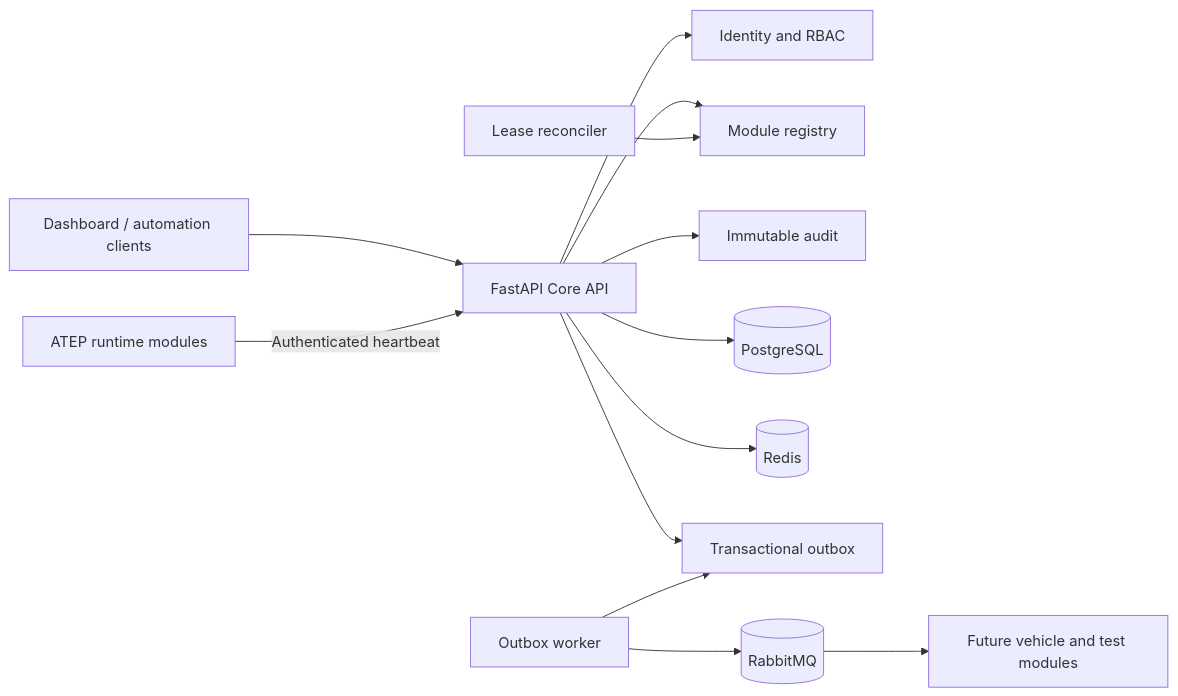
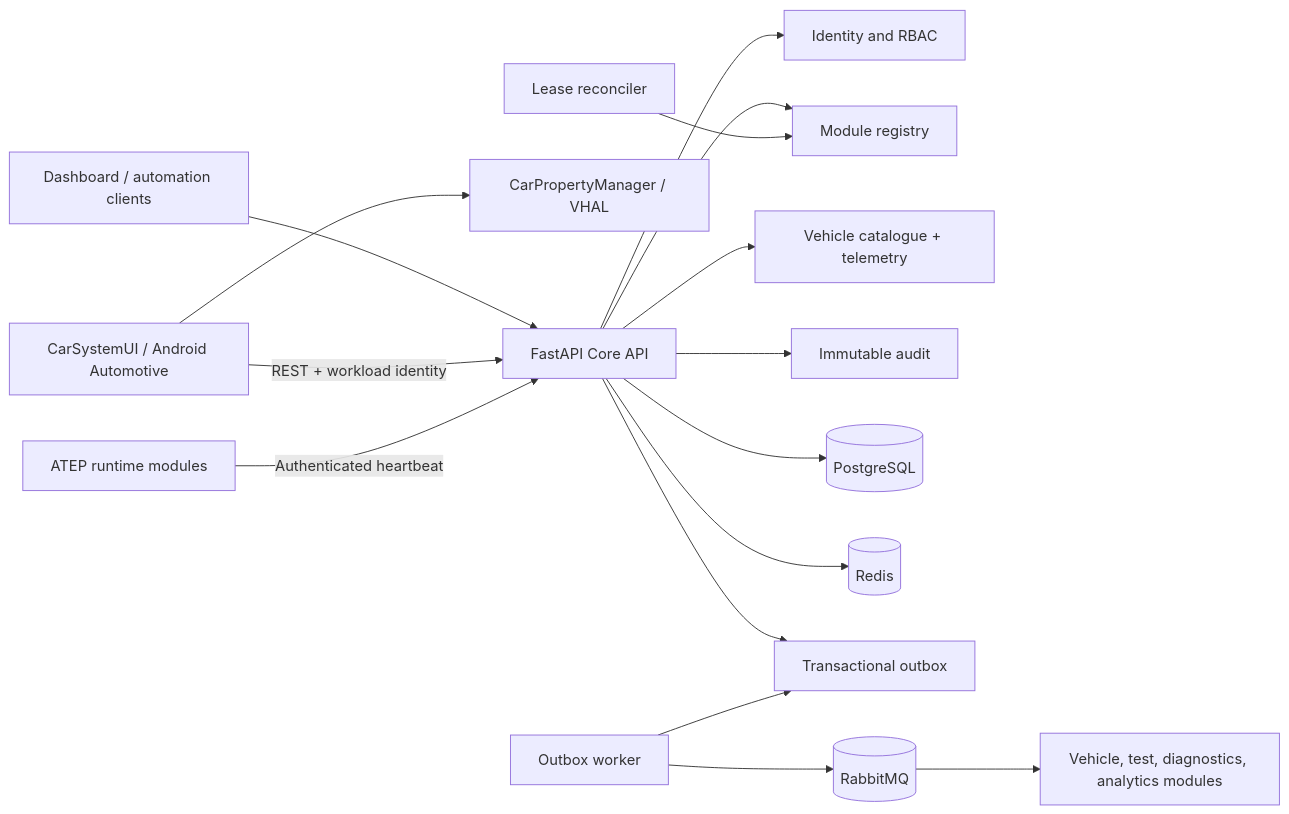
One commit to paulacristinaqa/automotive_test_engineering_platform changed the first of 2 diagrams in README.md. Above: the diagram before and after it, drawn with Mermaid. The commit also changed other lines of this file and 6 other files, not shown here.

Commit message:
docs: document Android Automotive integration

````diff
--- a/README.md
+++ b/README.md
@@ -61,15 +65,18 @@
 ```mermaid
 flowchart LR
     Client["Dashboard / automation clients"] --> API["FastAPI Core API"]
+    Cockpit["CarSystemUI / Android Automotive"] -->|"REST + workload identity"| API
+    Cockpit --> CarAPI["CarPropertyManager / VHAL"]
     Module["ATEP runtime modules"] -->|"Authenticated heartbeat"| API
     API --> Identity["Identity and RBAC"]
     API --> Registry["Module registry"]
+    API --> Vehicles["Vehicle catalogue + telemetry"]
     API --> Audit["Immutable audit"]
     API --> PG[(PostgreSQL)]
     API --> Redis[(Redis)]
     API --> Outbox["Transactional outbox"]
     Reconciler["Lease reconciler"] --> Registry
     Worker["Outbox worker"] --> Outbox
     Worker --> MQ[(RabbitMQ)]
-    MQ --> Consumers["Future vehicle and test modules"]
+    MQ --> Consumers["Vehicle, test, diagnostics, analytics modules"]
 ```
````
